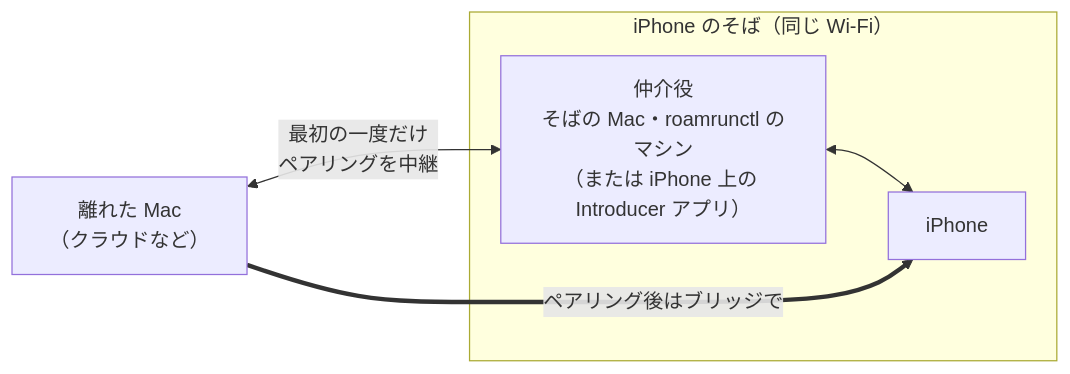
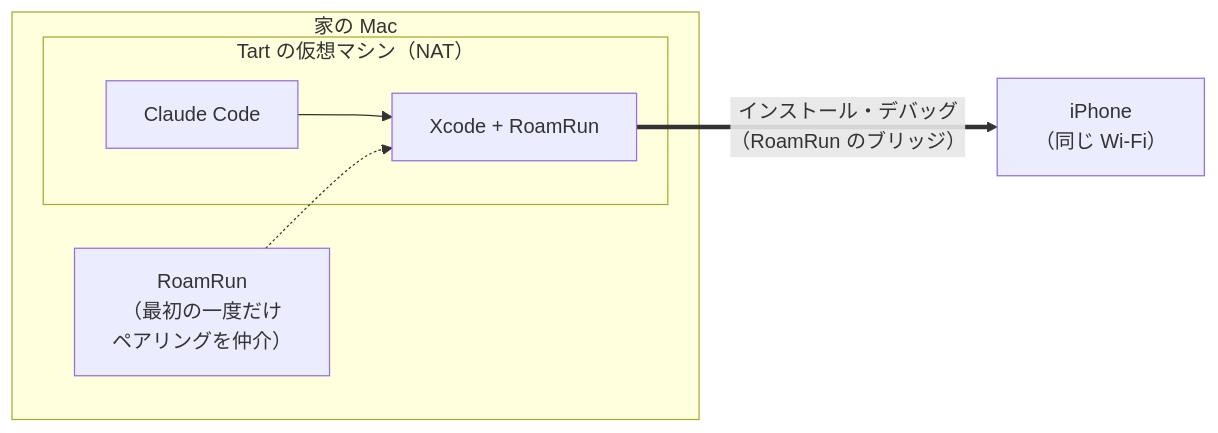
One commit to mh-mobile/zenn_docs changed the tenth of 13 diagrams in articles/4380fe7546a237.md. Above: the diagram before and after it, drawn with Mermaid. The commit also changed other lines of this file and 10 other files, not shown here.

Commit message:
RoamRunの記事を更新：クラウドとローカルのエージェント、Tart、Even G2 の例を追加

````diff
--- a/articles/4380fe7546a237.md
+++ b/articles/4380fe7546a237.md
@@ -134,10 +417,12 @@
 ```mermaid
 flowchart LR
-  cloud["離れた Mac<br/>（クラウドなど）"]
-  subgraph near["iPhone のそば（同じ Wi-Fi）"]
-    helper["仲介役<br/>そばの Mac・roamrunctl のマシン<br/>（または iPhone 上の Introducer アプリ）"]
-    iphone["iPhone"]
+  subgraph mac["家の Mac"]
+    host["RoamRun<br/>（最初の一度だけ<br/>ペアリングを仲介）"]
+    subgraph vm["Tart の仮想マシン（NAT）"]
+      agent["Claude Code"] --> xcode["Xcode + RoamRun"]
+    end
   end
-  cloud <-- "最初の一度だけ<br/>ペアリングを中継" --> helper <--> iphone
-  cloud == "ペアリング後はブリッジで" ==> iphone
+  iphone["iPhone<br/>（同じ Wi-Fi）"]
+  host -.-> xcode
+  xcode == "インストール・デバッグ<br/>（RoamRun のブリッジ）" ==> iphone
 ```
````
